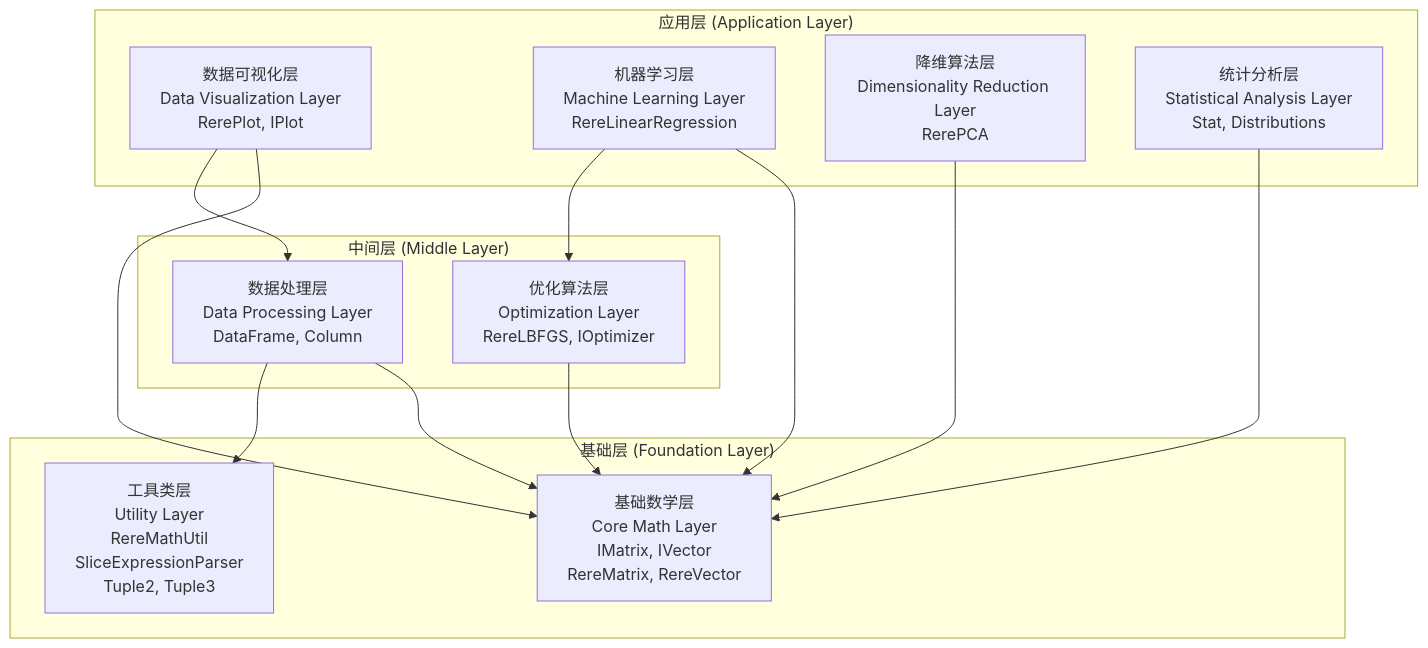
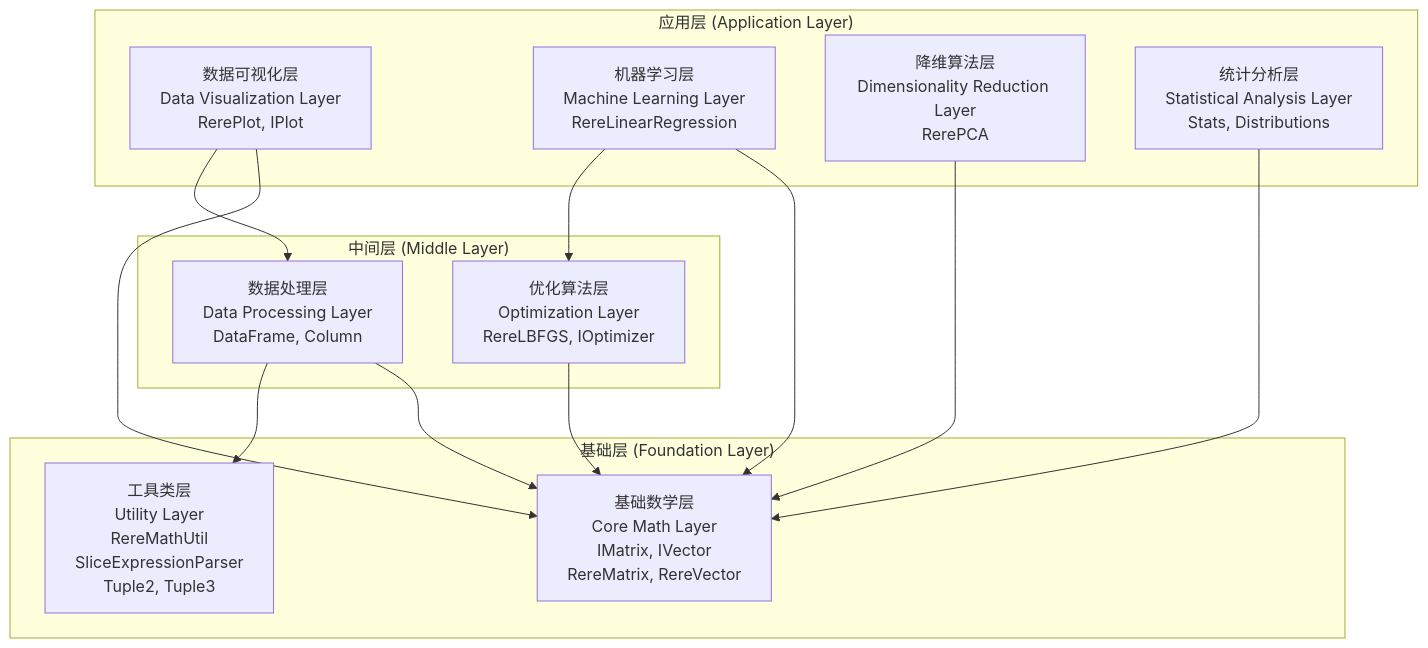
One commit to ScaleFree-Tech/yishape-math changed the diagram in README.md. Above: the diagram before and after it, drawn with Mermaid. The commit also changed other lines of this file and 148 other files, not shown here.

````diff
--- a/README.md
+++ b/README.md
@@ -409,29 +419,29 @@
 ```mermaid
 graph TB
     subgraph "应用层 (Application Layer)"
         VIZ[数据可视化层<br/>Data Visualization Layer<br/>RerePlot, IPlot]
         ML[机器学习层<br/>Machine Learning Layer<br/>RereLinearRegression]
         DIM[降维算法层<br/>Dimensionality Reduction Layer<br/>RerePCA]
-        STAT[统计分析层<br/>Statistical Analysis Layer<br/>Stat, Distributions]
+        STAT[统计分析层<br/>Statistical Analysis Layer<br/>Stats, Distributions]
     end
     
     subgraph "中间层 (Middle Layer)"
         DATA[数据处理层<br/>Data Processing Layer<br/>DataFrame, Column]
         OPT[优化算法层<br/>Optimization Layer<br/>RereLBFGS, IOptimizer]
     end
     
     subgraph "基础层 (Foundation Layer)"
         MATH[基础数学层<br/>Core Math Layer<br/>IMatrix, IVector<br/>RereMatrix, RereVector]
         UTIL[工具类层<br/>Utility Layer<br/>RereMathUtil<br/>SliceExpressionParser<br/>Tuple2, Tuple3]
     end
     
     VIZ --> MATH
     VIZ --> DATA
     ML --> MATH
     ML --> OPT
     DIM --> MATH
     STAT --> MATH
     DATA --> MATH
     DATA --> UTIL
     OPT --> MATH
 ```
````
